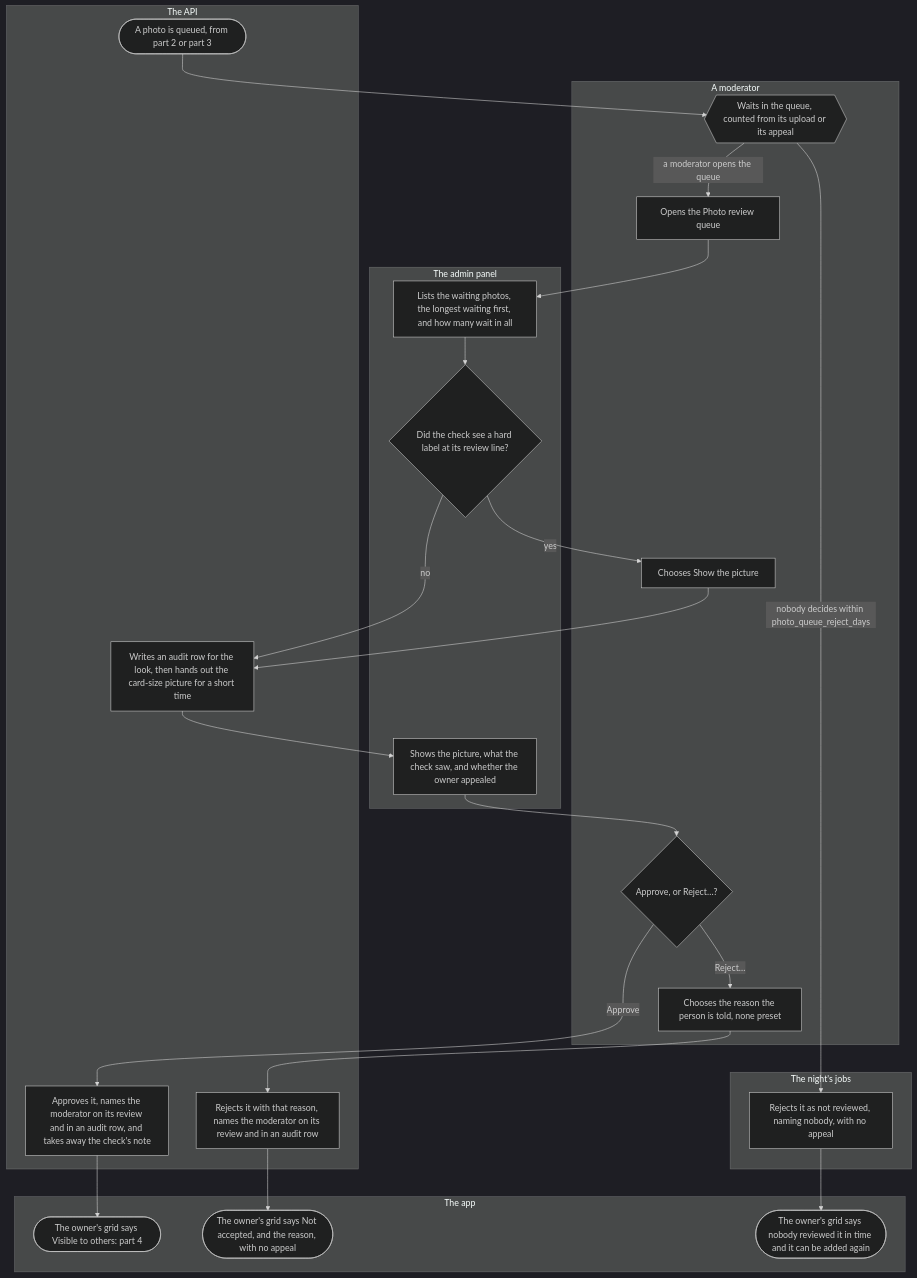
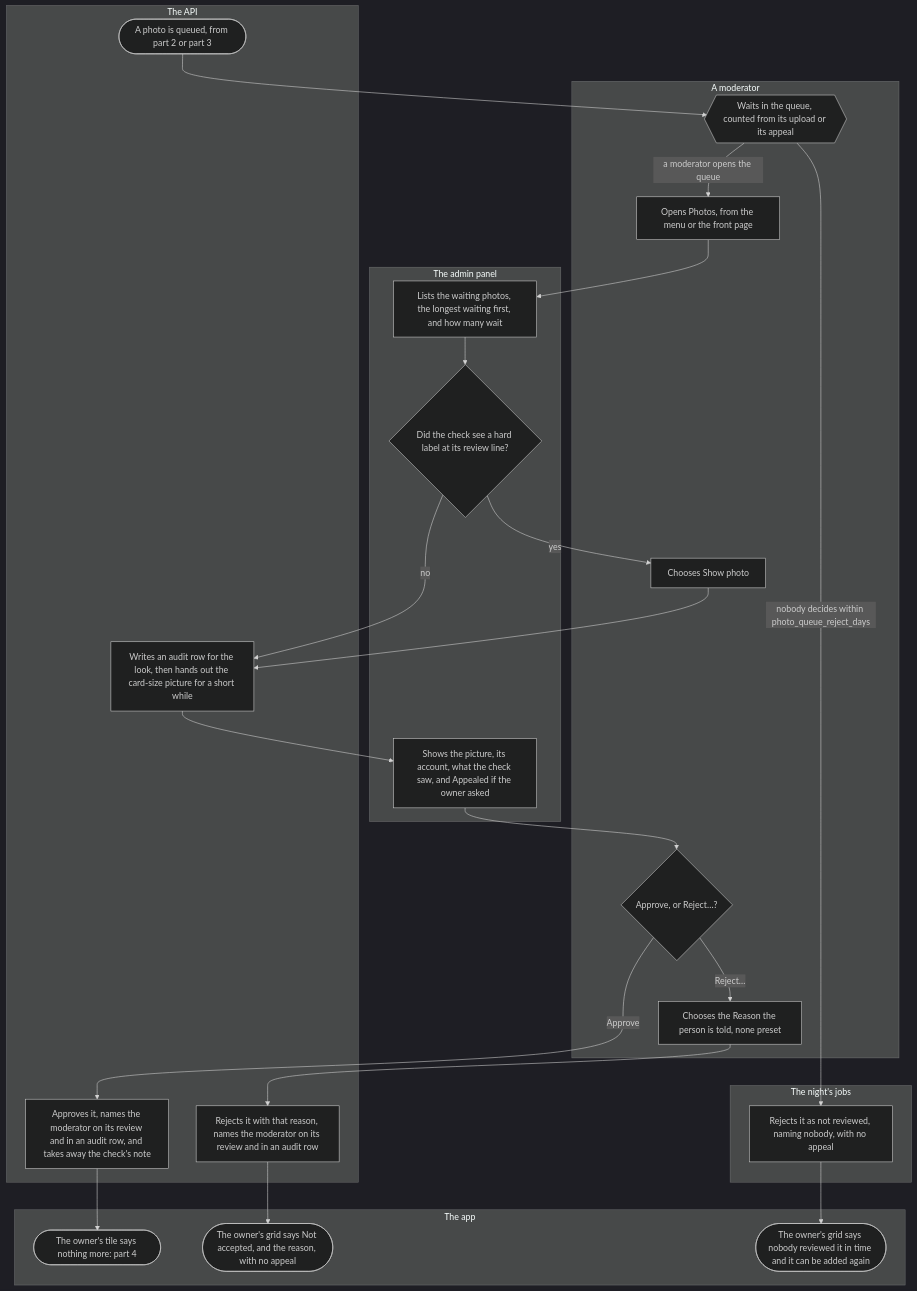
Before and after one commit to kuutti-ry/kuutti-app: the sixth of 7 diagrams in docs/flows/photos.md, drawn with Mermaid (dark theme). The commit also changed other lines of this file and 41 other files, not shown here.

First line of the commit message:
Redraw the user flows against today's main, held by check:docs

````diff
--- a/docs/flows/photos.md
+++ b/docs/flows/photos.md
@@ -276,47 +304,47 @@
 ```mermaid
 flowchart TB
-  accTitle: Photos, part 6
-  accDescr: A photo the check was unsure of, or one its owner appealed, waits in the moderators' queue. A moderator sees it with what the check saw, a sensitive one only on asking, and approves it or rejects it with a reason the owner reads. Every look and every decision is an audit row. A photo nobody decides within photo_queue_reject_days is rejected by the night as not reviewed.
+  accTitle: Photos, part 6: the photo queue
+  accDescr: A photo the check was unsure of, or one its owner appealed, waits in the moderators' queue. A moderator sees it under Photos with what the check saw, a sensitive one only on asking, and approves it or rejects it with a reason the owner reads. Every look and every decision is an audit row. A photo nobody decides within photo_queue_reject_days is rejected by the night as not reviewed.
   subgraph app["The app"]
-    s72(["The owner's grid says Visible to others: part 4"])
-    s75(["The owner's grid says Not accepted, and the reason, with no appeal"])
-    s77(["The owner's grid says nobody reviewed it in time and it can be added again"])
+    s73(["The owner's tile says nothing more: part 4"])
+    s76(["The owner's grid says Not accepted, and the reason, with no appeal"])
+    s78(["The owner's grid says nobody reviewed it in time and it can be added again"])
   end
   subgraph api["The API"]
-    s62(["A photo is queued, from part 2 or part 3"])
-    s68["Writes an audit row for the look, then hands out the card-size picture for a short time"]
-    s71["Approves it, names the moderator on its review and in an audit row, and takes away the check's note"]
-    s74["Rejects it with that reason, names the moderator on its review and in an audit row"]
+    s63(["A photo is queued, from part 2 or part 3"])
+    s69["Writes an audit row for the look, then hands out the card-size picture for a short while"]
+    s72["Approves it, names the moderator on its review and in an audit row, and takes away the check's note"]
+    s75["Rejects it with that reason, names the moderator on its review and in an audit row"]
   end
   subgraph moderator["A moderator"]
-    s63{{"Waits in the queue, counted from its upload or its appeal"}}
-    s64["Opens the Photo review queue"]
-    s67["Chooses Show the picture"]
-    s70{"Approve, or Reject…?"}
-    s73["Chooses the reason the person is told, none preset"]
+    s64{{"Waits in the queue, counted from its upload or its appeal"}}
+    s65["Opens Photos, from the menu or the front page"]
+    s68["Chooses Show photo"]
+    s71{"Approve, or Reject…?"}
+    s74["Chooses the Reason the person is told, none preset"]
   end
   subgraph admin["The admin panel"]
-    s65["Lists the waiting photos, the longest waiting first, and how many wait in all"]
-    s66{"Did the check see a hard label at its review line?"}
-    s69["Shows the picture, what the check saw, and whether the owner appealed"]
+    s66["Lists the waiting photos, the longest waiting first, and how many wait"]
+    s67{"Did the check see a hard label at its review line?"}
+    s70["Shows the picture, its account, what the check saw, and Appealed if the owner asked"]
   end
   subgraph night["The night's jobs"]
-    s76["Rejects it as not reviewed, naming nobody, with no appeal"]
+    s77["Rejects it as not reviewed, naming nobody, with no appeal"]
   end
-  s62 --> s63
-  s63 -->|"a moderator opens the queue"| s64
-  s63 -->|"nobody decides within photo_queue_reject_days"| s76
-  s64 --> s65
+  s63 --> s64
+  s64 -->|"a moderator opens the queue"| s65
+  s64 -->|"nobody decides within photo_queue_reject_days"| s77
   s65 --> s66
-  s66 -->|"yes"| s67
-  s66 -->|"no"| s68
-  s67 --> s68
+  s66 --> s67
+  s67 -->|"yes"| s68
+  s67 -->|"no"| s69
   s68 --> s69
   s69 --> s70
-  s70 -->|"Approve"| s71
-  s71 --> s72
-  s70 -->|"Reject…"| s73
-  s73 --> s74
+  s70 --> s71
+  s71 -->|"Approve"| s72
+  s72 --> s73
+  s71 -->|"Reject…"| s74
   s74 --> s75
-  s76 --> s77
+  s75 --> s76
+  s77 --> s78
 ```
````
